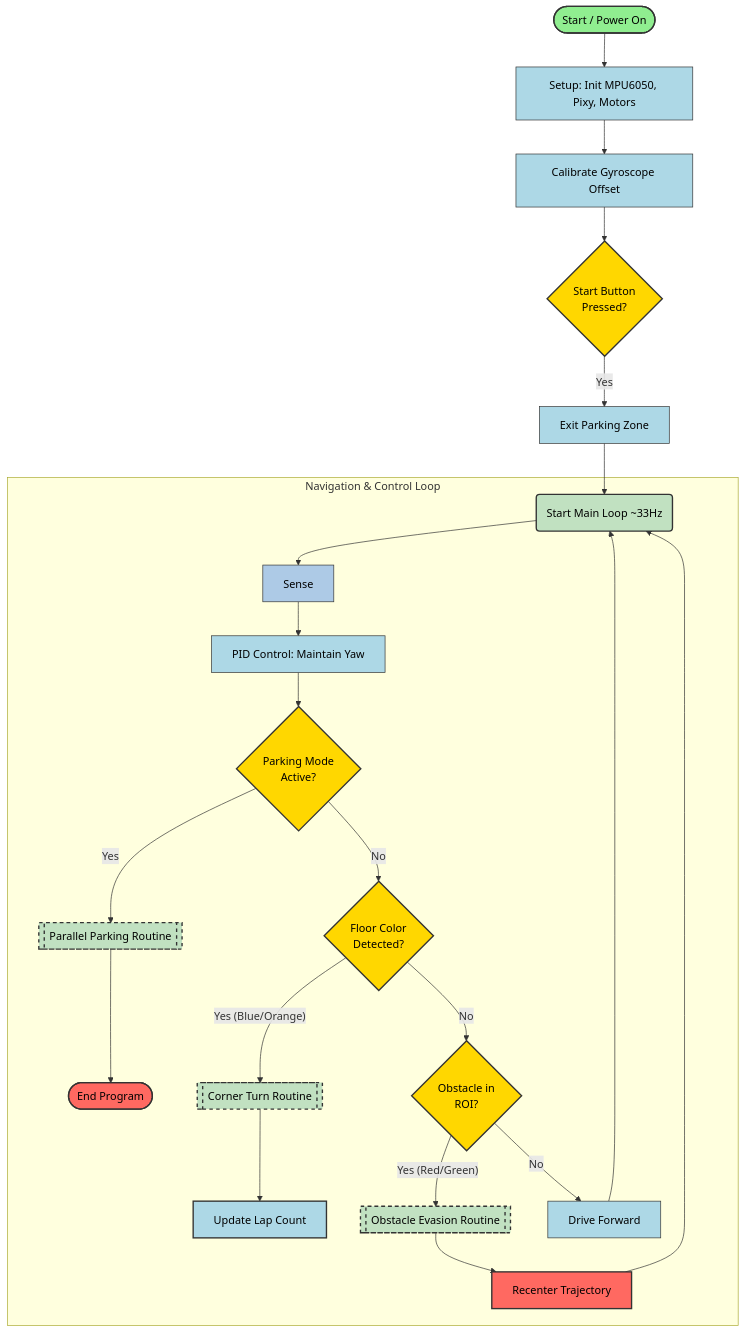
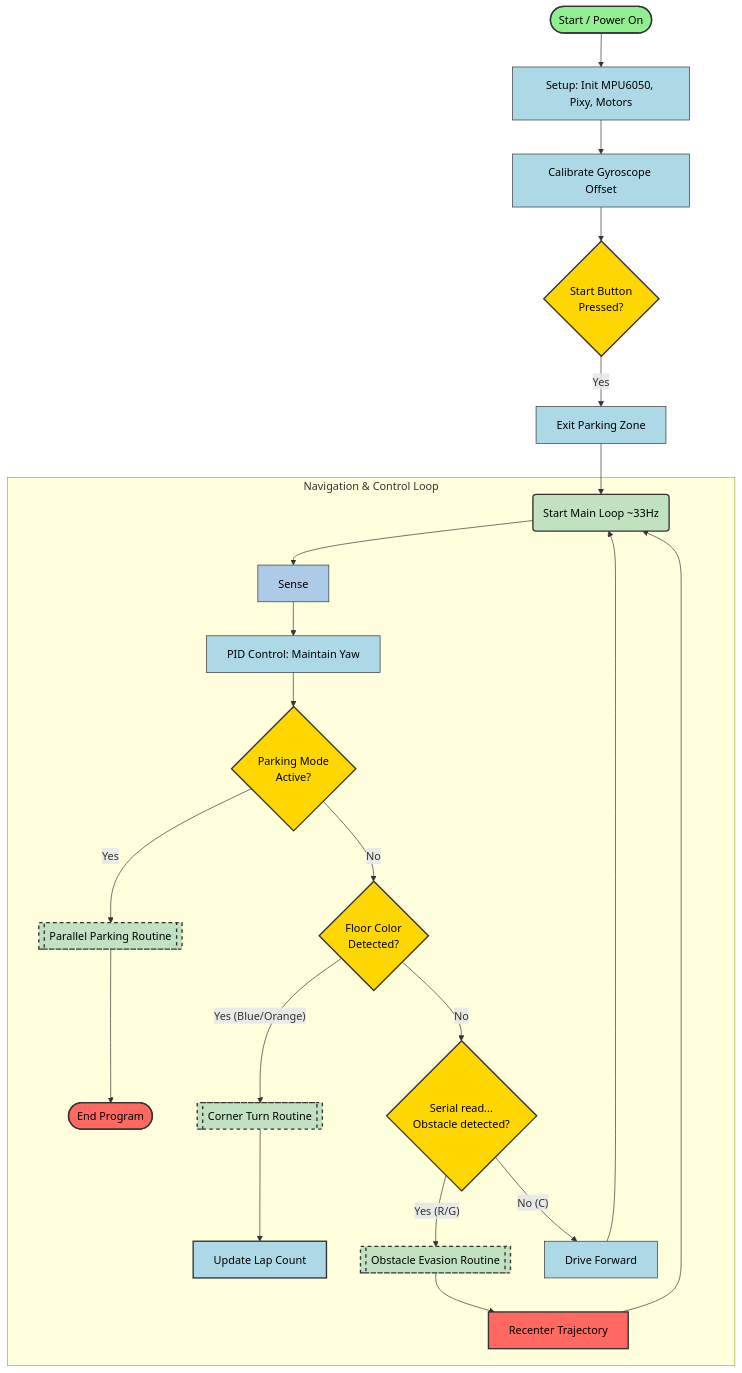
One commit to vd-wro/VD26 changed the first of 3 diagrams in docs/01_project_overview.md. Above: the diagram before and after it, drawn with Mermaid. The commit also changed other lines of this file, not shown here.

First line of the commit message:
Update Mermaid Diagram

````diff
--- a/docs/01_project_overview.md
+++ b/docs/01_project_overview.md
@@ -73,55 +73,55 @@
 ```mermaid
 graph TD
     %% Nodes
     Start([Start / Power On]) --> Setup[Setup: Init MPU6050, Pixy, Motors]
     Setup --> Calib[Calibrate Gyroscope Offset]
     Calib --> Button{Start Button<br>Pressed?}
     
     Button -- Yes --> ExitPark[Exit Parking Zone]
     ExitPark --> Loop(Start Main Loop ~33Hz)
 
     subgraph "Navigation & Control Loop"
         Loop --> Sense --> PID[PID Control: Maintain Yaw]
         PID --> ParkMode{Parking Mode<br>Active?<br>}
         
         ParkMode -- Yes --> ParkMan[[Parallel Parking Routine]]
         ParkMan --> End([End Program])
         
         ParkMode -- No --> ColorCheck{Floor Color<br>Detected?}
         
         ColorCheck -- Yes (Blue/Orange) --> TurnLogic[[Corner Turn Routine]]
         TurnLogic --> UpdateLap[Update Lap Count]
         
-        ColorCheck -- No --> ObsCheck{Obstacle in<br>ROI?}
+        ColorCheck -- No --> ObsCheck{Serial read...<br>Obstacle detected?}
         
-        ObsCheck -- Yes (Red/Green) --> EvadeLogic[[Obstacle Evasion Routine]]
+        ObsCheck -- Yes (R/G) --> EvadeLogic[[Obstacle Evasion Routine]]
         EvadeLogic --> Recenter[Recenter Trajectory]
         Recenter --> Loop
         
-        ObsCheck -- No --> Drive[Drive Forward]
+        ObsCheck -- No (C) --> Drive[Drive Forward]
         Drive --> Loop
     end
 
     %% Styling
     style Start fill:#90EE90,stroke:#333,stroke-width:2px,color:black
     style End fill:#FF6961,stroke:#333,stroke-width:2px,color:black
     style Button fill:#FFD700,stroke:#333,stroke-width:2px,color:black
     style Loop fill:#C1E1C1,stroke:#333,stroke-width:2px,color:black
     style ParkMode fill:#FFD700,stroke:#333,stroke-width:2px,color:black
     style ColorCheck fill:#FFD700,stroke:#333,stroke-width:2px,color:black
     style ObsCheck fill:#FFD700,stroke:#333,stroke-width:2px,color:black
     
     style Setup fill:#ADD8E6,stroke:#333,stroke-width:1px,color:black
     style Calib fill:#ADD8E6,stroke:#333,stroke-width:1px,color:black
     style ExitPark fill:#ADD8E6,stroke:#333,stroke-width:1px,color:black
     style Sense fill:#adcae6,stroke:#333,stroke-width:1px,color:black
     style Drive fill:#ADD8E6,stroke:#333,stroke-width:1px,color:black
     style PID fill:#ADD8E6,stroke:#333,stroke-width:1px,color:black
     style UpdateLap fill:#ADD8E6,stroke:#333,stroke-width:2px,color:black
     style Recenter fill:#FF6961,stroke:#333,stroke-width:2px,color:black
     
     style ParkMan fill:#C1E1C1,stroke:#333,stroke-width:2px,stroke-dasharray: 5 5,color:black
     style TurnLogic fill:#C1E1C1,stroke:#333,stroke-width:2px,stroke-dasharray: 5 5,color:black
     style EvadeLogic fill:#C1E1C1,stroke:#333,stroke-width:2px,stroke-dasharray: 5 5,color:black
 
 ```
````
